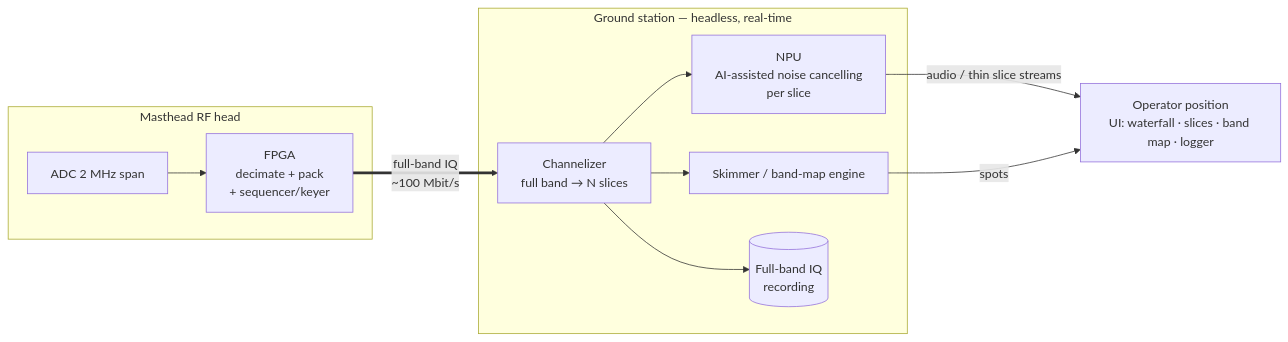
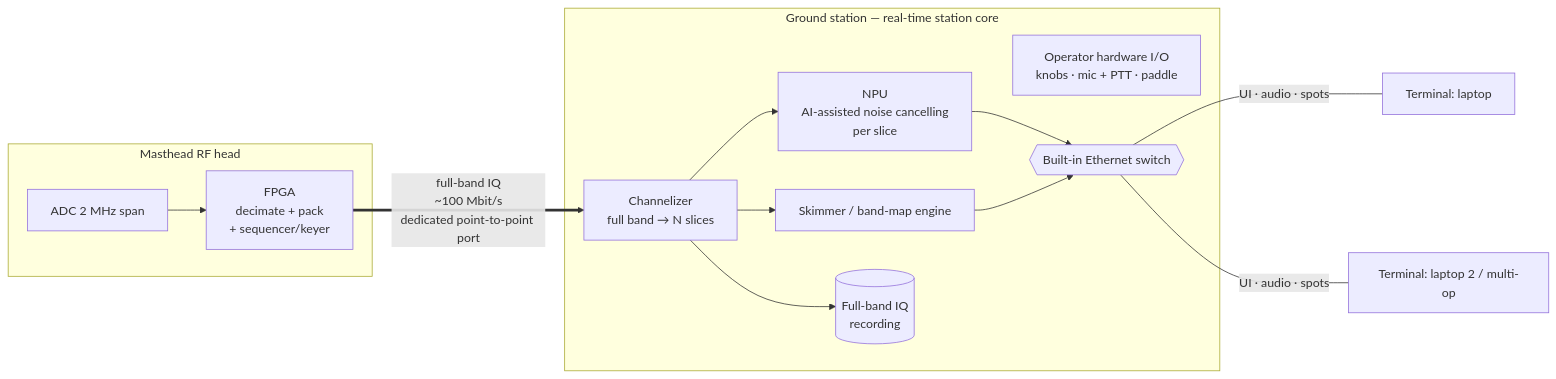
One commit to nemanjan00/vhf-competitor changed the fourth of 4 diagrams in docs/04-dsp-partitioning.md. Above: the diagram before and after it, drawn with Mermaid. The commit also changed other lines of this file and 1 other file, not shown here.

Commit message:
docs: ground station as station core — operator hardware I/O and built-in Ethernet switch

````diff
--- a/docs/04-dsp-partitioning.md
+++ b/docs/04-dsp-partitioning.md
@@ -90,18 +90,22 @@
 ```mermaid
 flowchart LR
     subgraph MAST[Masthead RF head]
         ADC[ADC 2 MHz span] --> FPGA[FPGA<br/>decimate + pack<br/>+ sequencer/keyer]
     end
-    subgraph GS[Ground station — headless, real-time]
+    subgraph GS[Ground station — real-time station core]
         CHAN[Channelizer<br/>full band → N slices]
         NPU[NPU<br/>AI-assisted noise cancelling<br/>per slice]
         SKIM[Skimmer / band-map engine]
         REC[(Full-band IQ<br/>recording)]
+        HID[Operator hardware I/O<br/>knobs · mic + PTT · paddle]
+        SW{{Built-in Ethernet switch}}
         CHAN --> NPU
         CHAN --> SKIM
     end
-    FPGA ==>|full-band IQ<br/>~100 Mbit/s| CHAN
+    FPGA ==>|full-band IQ<br/>~100 Mbit/s<br/>dedicated point-to-point port| CHAN
     CHAN --> REC
-    NPU -->|audio / thin slice streams| OP[Operator position<br/>UI: waterfall · slices · band map · logger]
-    SKIM -->|spots| OP
+    NPU --> SW
+    SKIM --> SW
+    SW ---|UI · audio · spots| T1[Terminal: laptop]
+    SW ---|UI · audio · spots| T2[Terminal: laptop 2 / multi-op]
 ```
````
